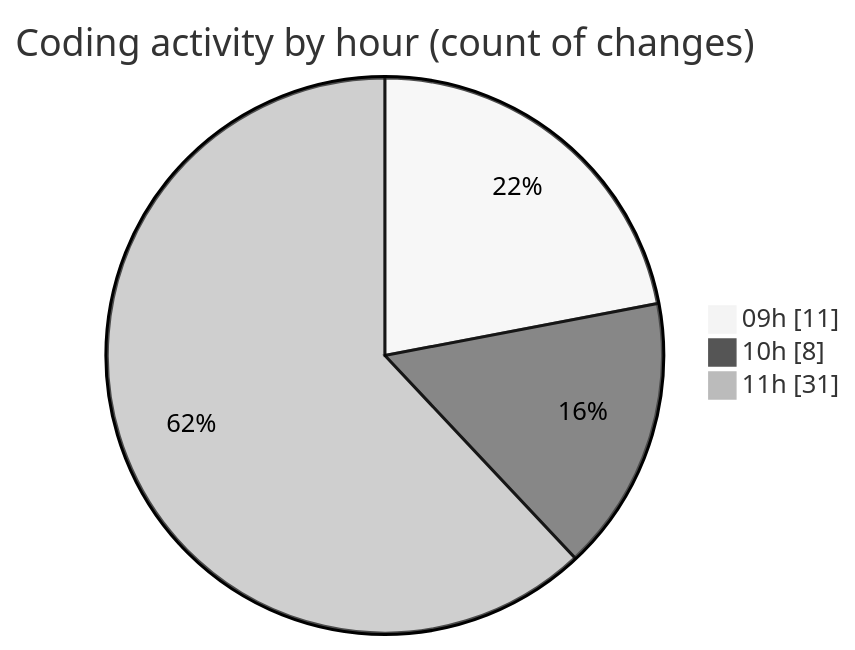
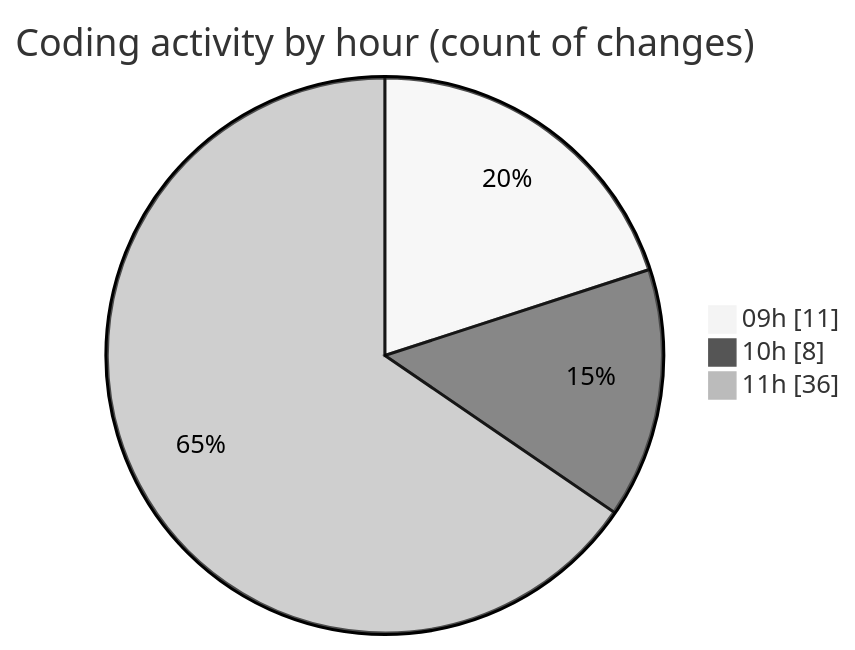
The second of 2 diagrams in 2025-10-30/cda/README.md (momahboobian/code-tracking), drawn with Mermaid (neutral theme) before and after one commit. The commit also changed other lines of this file and 1 other file, not shown here.

````diff
--- a/2025-10-30/cda/README.md
+++ b/2025-10-30/cda/README.md
@@ -37,7 +37,7 @@
 ```mermaid
 pie showData
 title Coding activity by hour (count of changes)
 "09h" : 11
 "10h" : 8
-"11h" : 31
+"11h" : 36
 ```
````
